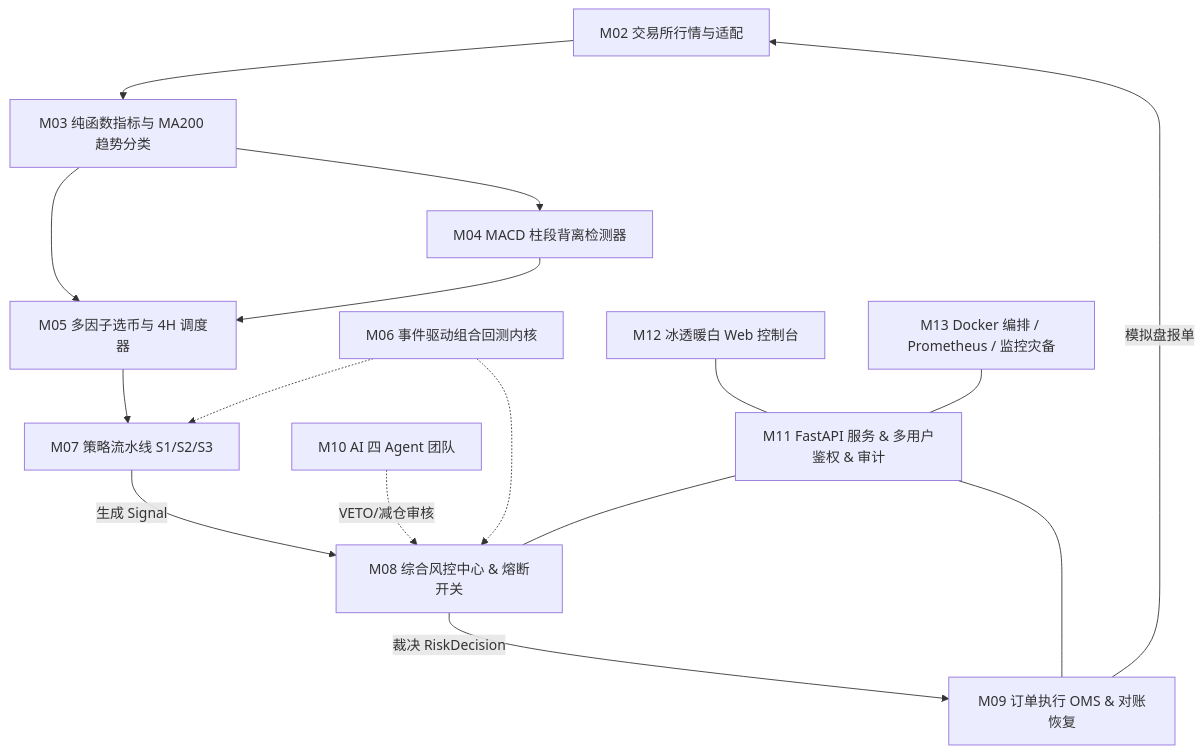
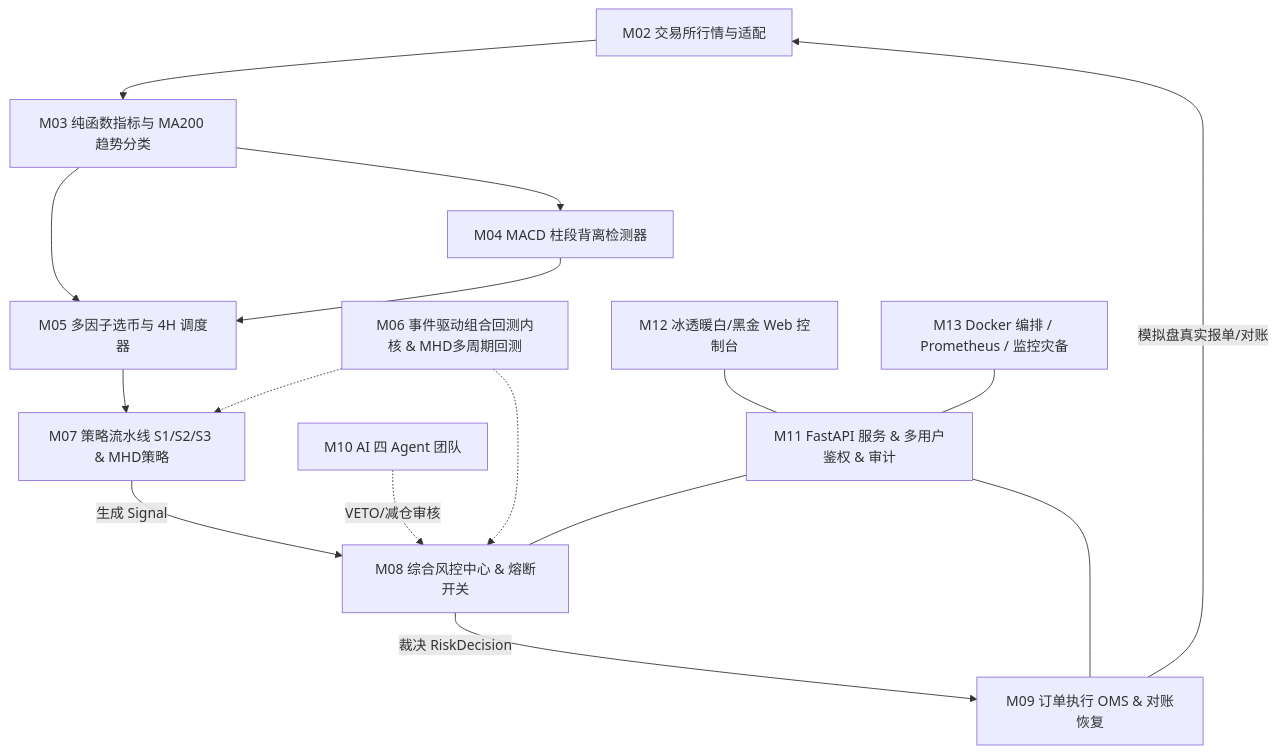
Before and after one commit to 1535273240sch-droid/divergence-quant: the diagram in README.md, drawn with Mermaid. The commit also changed other lines of this file and 2 other files, not shown here.

````diff
--- a/README.md
+++ b/README.md
@@ -20,20 +20,20 @@
 ```mermaid
 flowchart TD
     M02[M02 交易所行情与适配] --> M03[M03 纯函数指标与 MA200 趋势分类]
     M03 --> M04[M04 MACD 柱段背离检测器]
     M03 --> M05[M05 多因子选币与 4H 调度器]
     M04 --> M05
-    M05 --> M07[M07 策略流水线 S1/S2/S3]
+    M05 --> M07[M07 策略流水线 S1/S2/S3 & MHD策略]
     M07 -->|生成 Signal| M08[M08 综合风控中心 & 熔断开关]
     M10[M10 AI 四 Agent 团队] -.->|VETO/减仓审核| M08
     M08 -->|裁决 RiskDecision| M09[M09 订单执行 OMS & 对账恢复]
-    M09 -->|模拟盘报单| M02
+    M09 -->|模拟盘真实报单/对账| M02
     
-    M06[M06 事件驱动组合回测内核] -.-> M07
+    M06[M06 事件驱动组合回测内核 & MHD多周期回测] -.-> M07
     M06 -.-> M08
     
     M11[M11 FastAPI 服务 & 多用户鉴权 & 审计] --- M08
     M11 --- M09
-    M12[M12 冰透暖白 Web 控制台] --- M11
+    M12[M12 冰透暖白/黑金 Web 控制台] --- M11
     M13[M13 Docker 编排 / Prometheus / 监控灾备] --- M11
 ```
````
